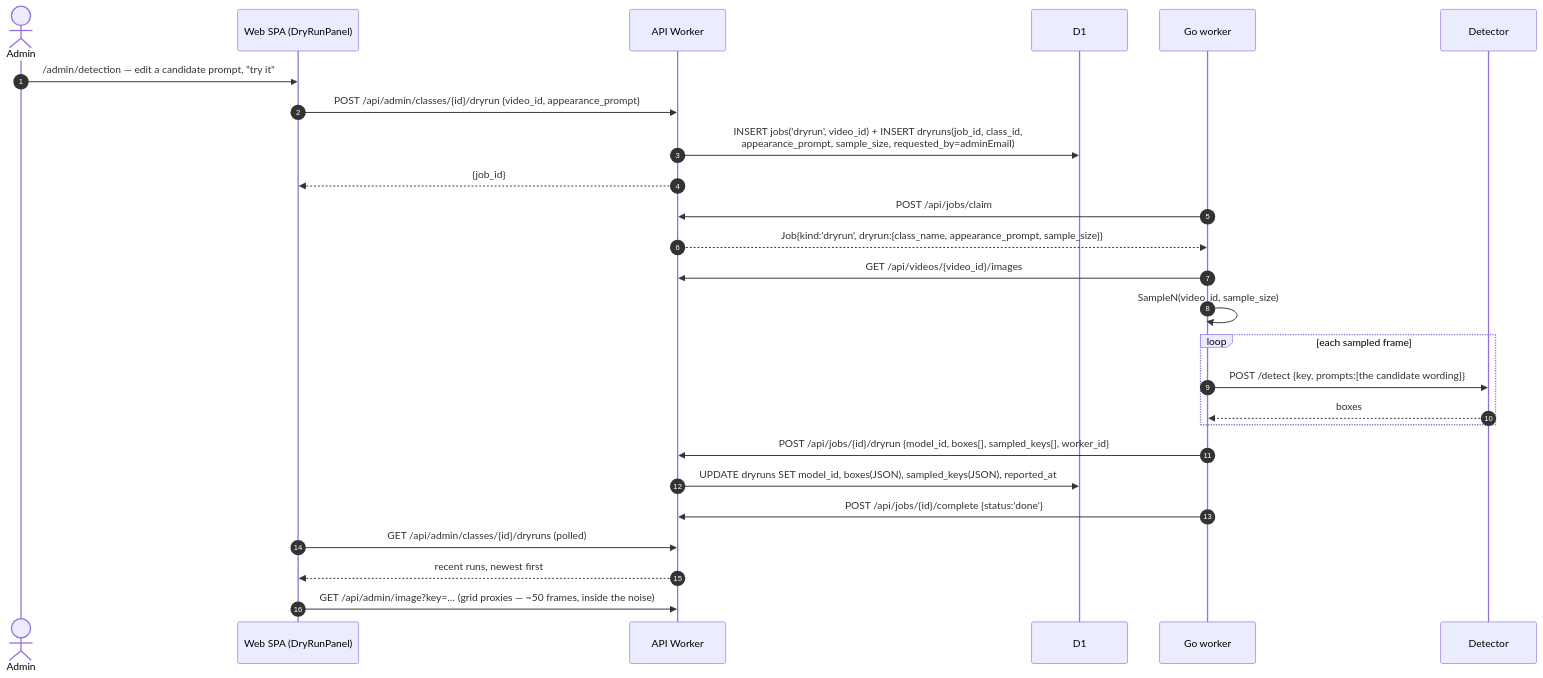
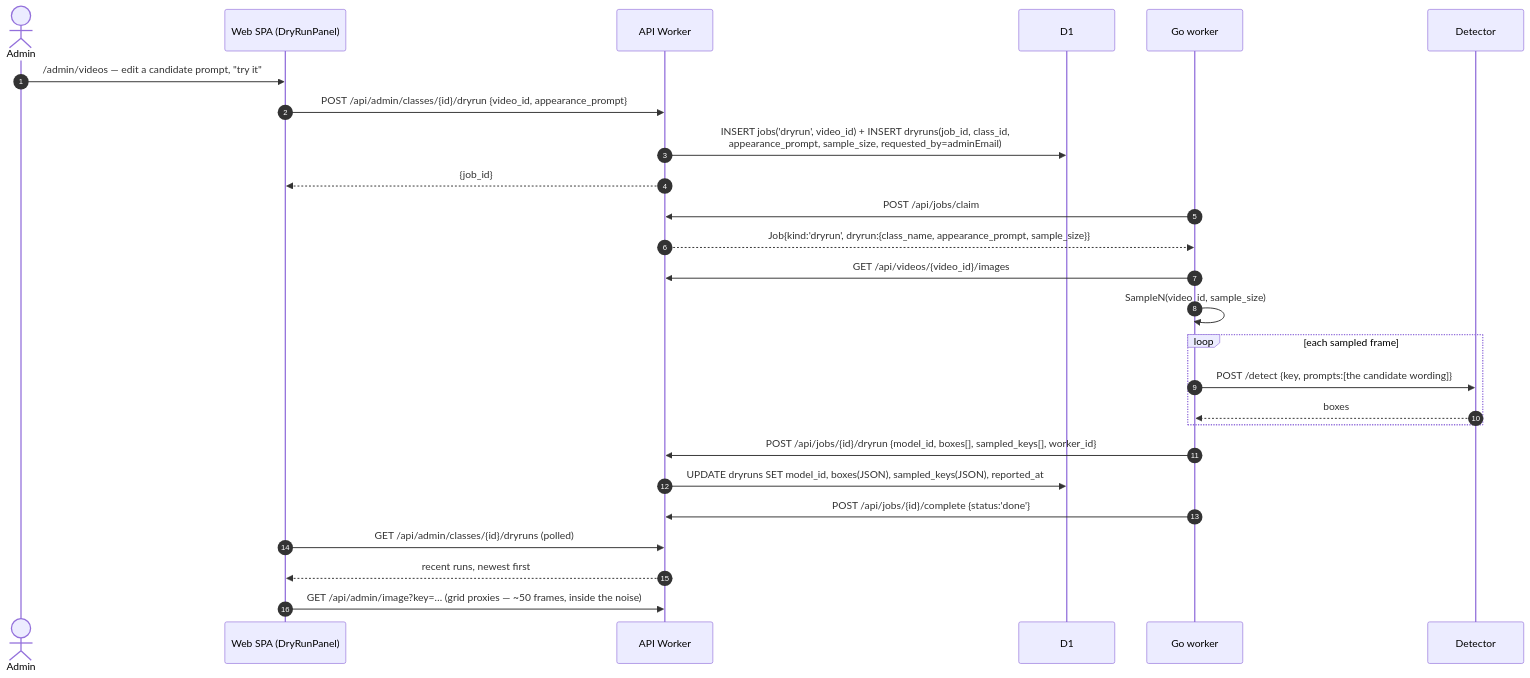
The seventh of 14 diagrams in docs/FLOWS.md (mkcarlclaude/crowdmon-revamp), drawn with Mermaid before and after one commit. The commit also changed 26 other files, not shown here.

````diff
--- a/docs/FLOWS.md
+++ b/docs/FLOWS.md
@@ -395,29 +395,29 @@
 ```mermaid
 sequenceDiagram
     autonumber
     actor A as Admin
     participant SPA as Web SPA (DryRunPanel)
     participant API as API Worker
     participant D1 as D1
     participant W as Go worker
     participant DET as Detector
 
-    A->>SPA: /admin/detection — edit a candidate prompt, "try it"
+    A->>SPA: /admin/videos — edit a candidate prompt, "try it"
     SPA->>API: POST /api/admin/classes/{id}/dryrun {video_id, appearance_prompt}
     API->>D1: INSERT jobs('dryrun', video_id) + INSERT dryruns(job_id, class_id,<br/>appearance_prompt, sample_size, requested_by=adminEmail)
     API-->>SPA: {job_id}
     W->>API: POST /api/jobs/claim
     API-->>W: Job{kind:'dryrun', dryrun:{class_name, appearance_prompt, sample_size}}
     W->>API: GET /api/videos/{video_id}/images
     W->>W: SampleN(video_id, sample_size)
     loop each sampled frame
         W->>DET: POST /detect {key, prompts:[the candidate wording]}
         DET-->>W: boxes
     end
     W->>API: POST /api/jobs/{id}/dryrun {model_id, boxes[], sampled_keys[], worker_id}
     API->>D1: UPDATE dryruns SET model_id, boxes(JSON), sampled_keys(JSON), reported_at
     W->>API: POST /api/jobs/{id}/complete {status:'done'}
     SPA->>API: GET /api/admin/classes/{id}/dryruns (polled)
     API-->>SPA: recent runs, newest first
     SPA->>API: GET /api/admin/image?key=… (grid proxies — ~50 frames, inside the noise)
 ```
````
